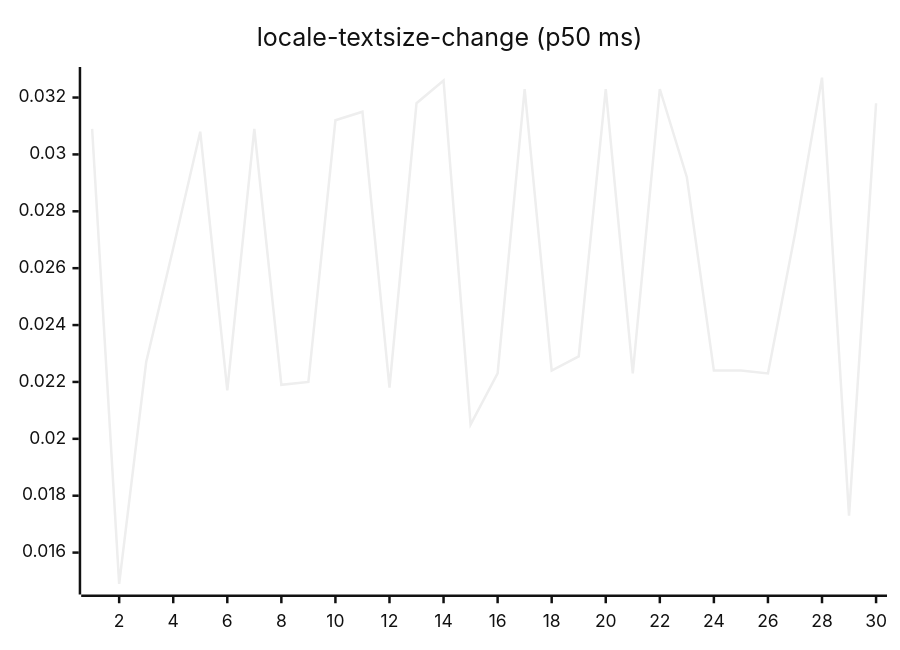
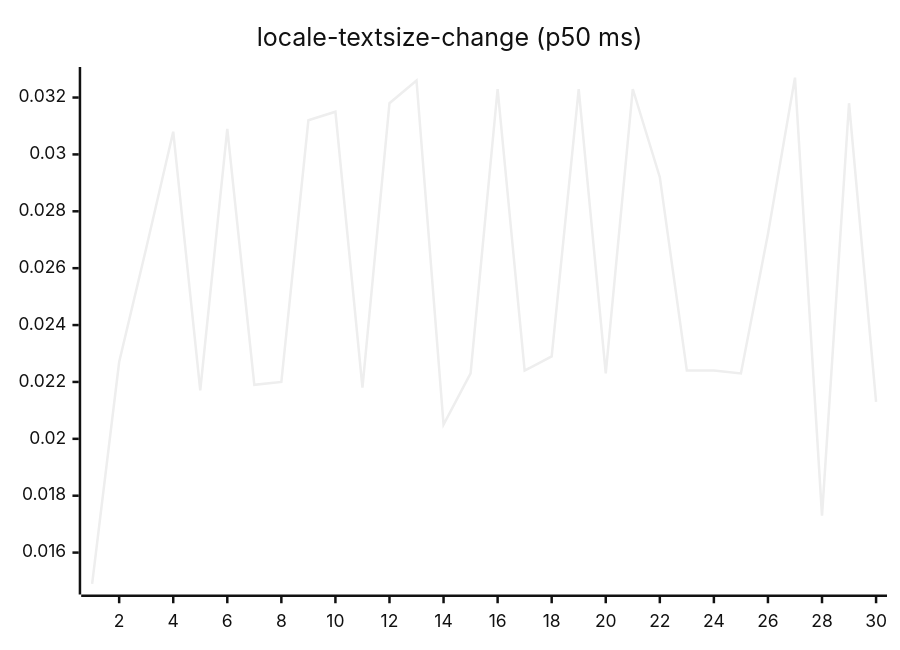
Diagram 13 of 27 in README.md (josha/Facet), drawn with Mermaid (neutral theme) before and after one commit. The commit also changed other lines of this file and 2 other files, not shown here.

````diff
--- a/README.md
+++ b/README.md
@@ -147,6 +147,6 @@
 ```mermaid
 xychart-beta
     title "locale-textsize-change (p50 ms)"
     x-axis 1 --> 30
-    line [0.0309, 0.0149, 0.0227, 0.0267, 0.0308, 0.0217, 0.0309, 0.0219, 0.0220, 0.0312, 0.0315, 0.0218, 0.0318, 0.0326, 0.0205, 0.0223, 0.0323, 0.0224, 0.0229, 0.0323, 0.0223, 0.0323, 0.0292, 0.0224, 0.0224, 0.0223, 0.0272, 0.0327, 0.0173, 0.0318]
+    line [0.0149, 0.0227, 0.0267, 0.0308, 0.0217, 0.0309, 0.0219, 0.0220, 0.0312, 0.0315, 0.0218, 0.0318, 0.0326, 0.0205, 0.0223, 0.0323, 0.0224, 0.0229, 0.0323, 0.0223, 0.0323, 0.0292, 0.0224, 0.0224, 0.0223, 0.0272, 0.0327, 0.0173, 0.0318, 0.0213]
 ```
````
